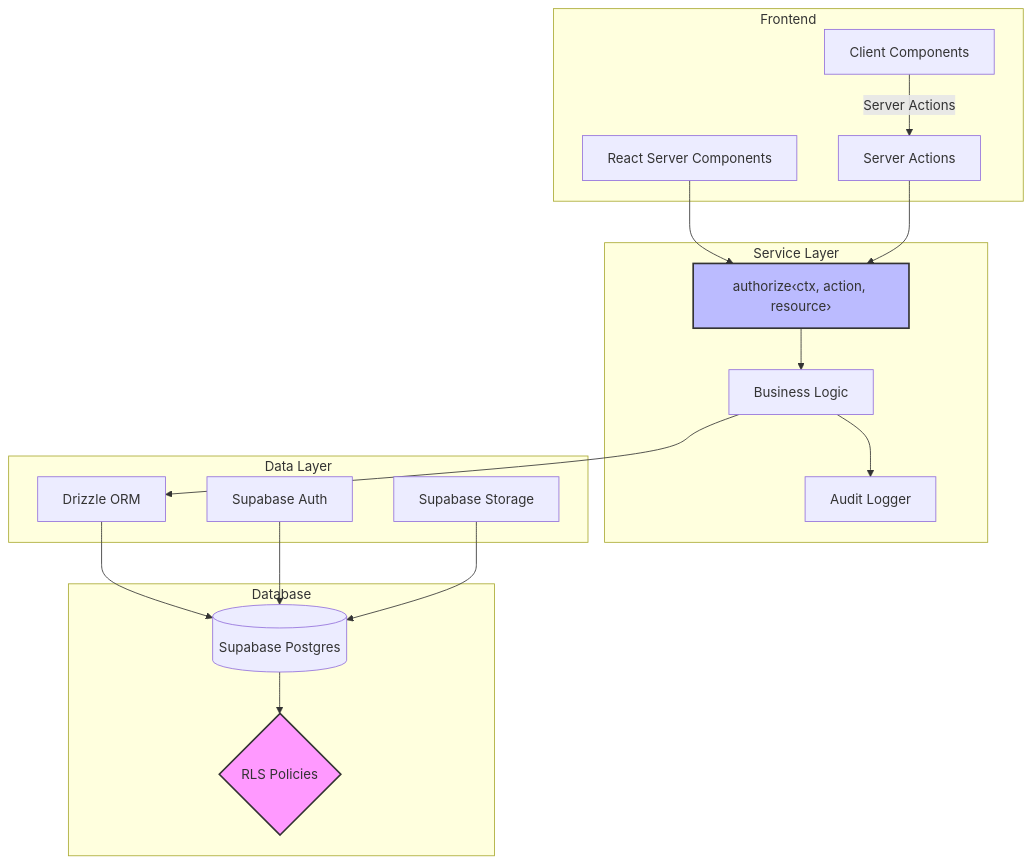
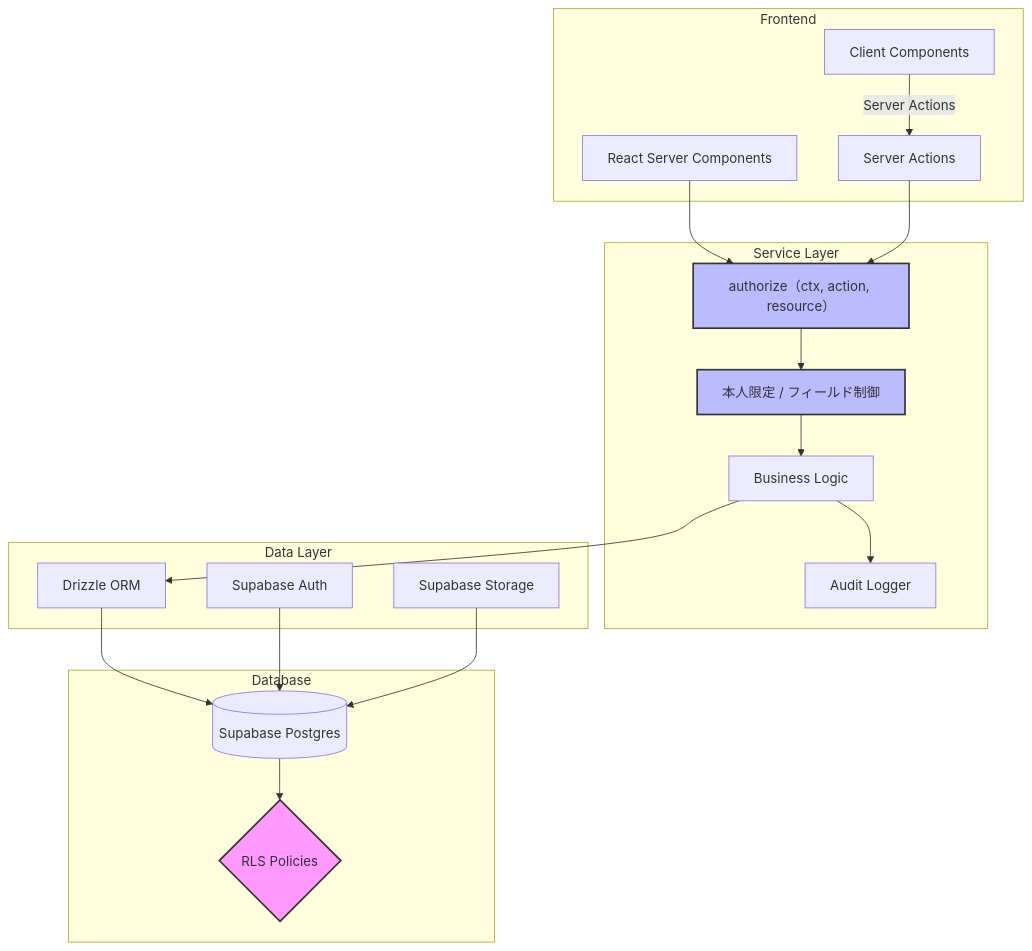
One commit to TakuyaMiyashita/fondra-hr changed the diagram in README.md. Above: the diagram before and after it, drawn with Mermaid. The commit also changed other lines of this file and 7 other files, not shown here.

````diff
--- a/README.md
+++ b/README.md
@@ -7,39 +93,42 @@
 ```mermaid
 graph TB
-    subgraph "Frontend"
+    subgraph Frontend
         RSC[React Server Components]
         SA[Server Actions]
         CC[Client Components]
     end
 
     subgraph "Service Layer"
-        AUTH[authorize‹ctx, action, resource›]
+        AUTH["authorize（ctx, action, resource）"]
+        SELF[本人限定 / フィールド制御]
         BIZ[Business Logic]
         AUDIT[Audit Logger]
     end
 
     subgraph "Data Layer"
         DRIZZLE[Drizzle ORM]
         SB_AUTH[Supabase Auth]
         SB_STORAGE[Supabase Storage]
     end
 
-    subgraph "Database"
+    subgraph Database
         PG[(Supabase Postgres)]
         RLS{RLS Policies}
     end
 
     RSC --> AUTH
     SA --> AUTH
     CC -->|Server Actions| SA
-    AUTH --> BIZ
+    AUTH --> SELF
+    SELF --> BIZ
     BIZ --> DRIZZLE
     BIZ --> AUDIT
     DRIZZLE --> PG
     PG --> RLS
     SB_AUTH --> PG
     SB_STORAGE --> PG
 
     style RLS fill:#f9f,stroke:#333,stroke-width:2px
     style AUTH fill:#bbf,stroke:#333,stroke-width:2px
+    style SELF fill:#bbf,stroke:#333,stroke-width:2px
 ```
````
